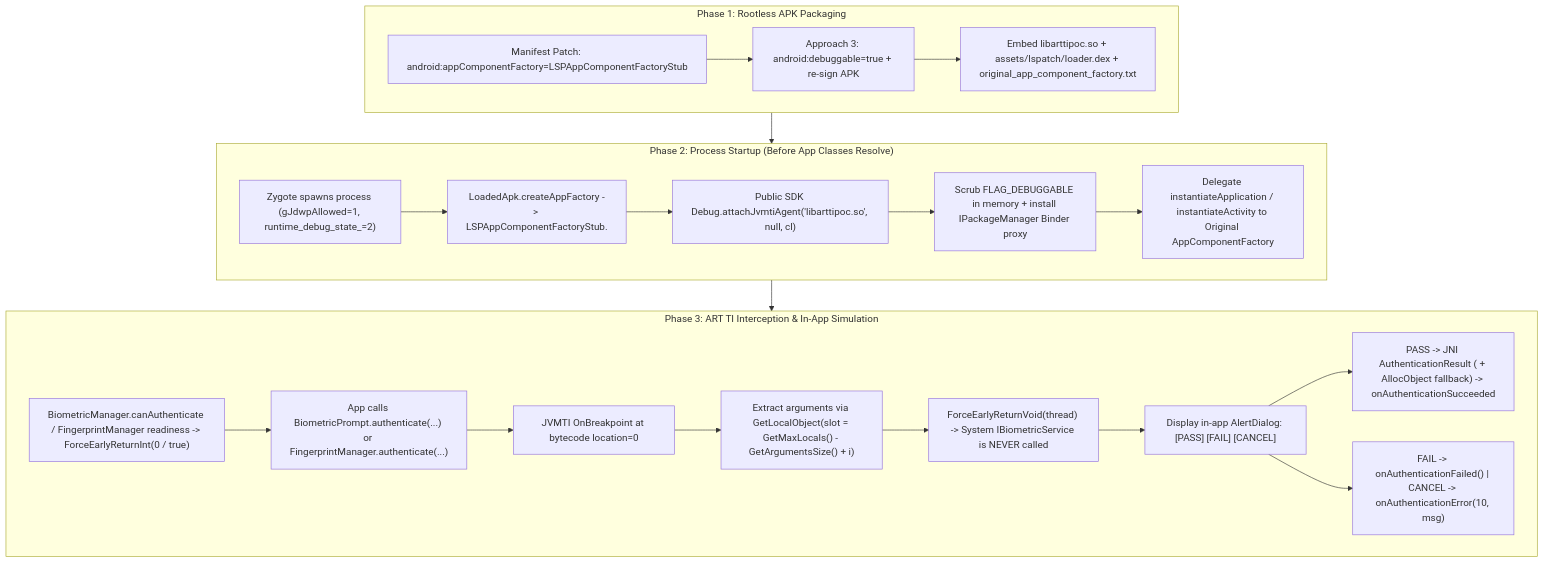
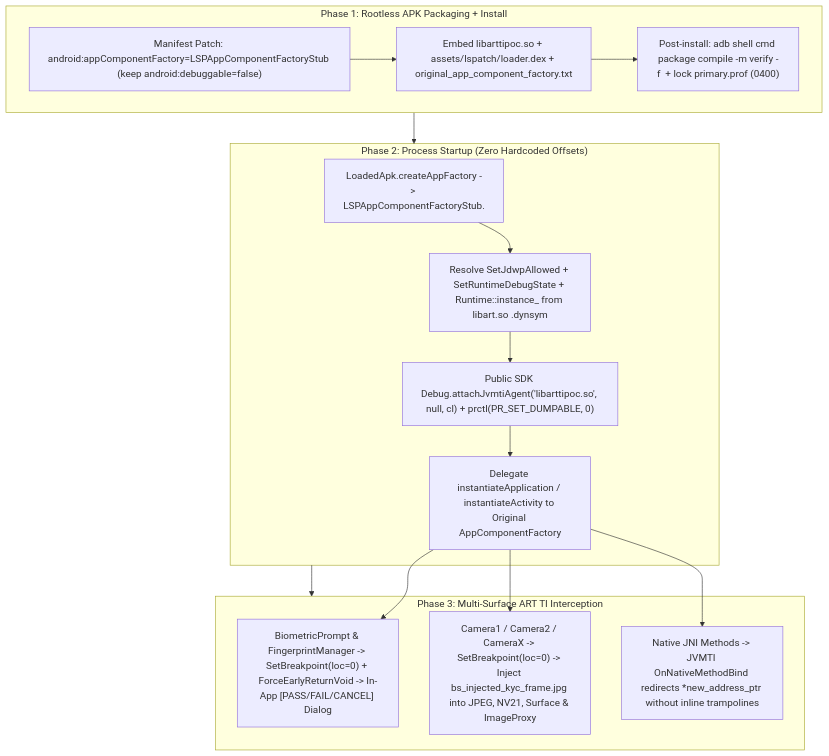
One commit to ayush5harma/artti-biometric-poc changed the diagram in README.md. Above: the diagram before and after it, drawn with Mermaid. The commit also changed other lines of this file and 13 other files, not shown here.

Commit message:
feat: add dynamic .dynsym resolver, OnNativeMethodBind, Camera1/2/X injection, and Banking RASP audit

````diff
--- a/README.md
+++ b/README.md
@@ -45,34 +65,28 @@
 ```mermaid
 flowchart TD
-    subgraph P1["Phase 1: Rootless APK Packaging"]
-        A1["Manifest Patch: android:appComponentFactory=LSPAppComponentFactoryStub"]
-        A2["Approach 3: android:debuggable=true + re-sign APK"]
-        A3["Embed libarttipoc.so + assets/lspatch/loader.dex + original_app_component_factory.txt"]
+    subgraph P1["Phase 1: Rootless APK Packaging + Install"]
+        A1["Manifest Patch: android:appComponentFactory=LSPAppComponentFactoryStub (keep android:debuggable=false)"]
+        A2["Embed libarttipoc.so + assets/lspatch/loader.dex + original_app_component_factory.txt"]
+        A3["Post-install: adb shell cmd package compile -m verify -f <pkg> + lock primary.prof (0400)"]
         A1 --> A2 --> A3
     end
 
-    subgraph P2["Phase 2: Process Startup (Before App Classes Resolve)"]
-        B1["Zygote spawns process (gJdwpAllowed=1, runtime_debug_state_=2)"]
-        B2["LoadedApk.createAppFactory -> LSPAppComponentFactoryStub.<clinit>"]
-        B3["Public SDK Debug.attachJvmtiAgent('libarttipoc.so', null, cl)"]
-        B4["Scrub FLAG_DEBUGGABLE in memory + install IPackageManager Binder proxy"]
-        B5["Delegate instantiateApplication / instantiateActivity to Original AppComponentFactory"]
-        B1 --> B2 --> B3 --> B4 --> B5
+    subgraph P2["Phase 2: Process Startup (Zero Hardcoded Offsets)"]
+        B1["LoadedApk.createAppFactory -> LSPAppComponentFactoryStub.<clinit>"]
+        B2["Resolve SetJdwpAllowed + SetRuntimeDebugState + Runtime::instance_ from libart.so .dynsym"]
+        B3["Public SDK Debug.attachJvmtiAgent('libarttipoc.so', null, cl) + prctl(PR_SET_DUMPABLE, 0)"]
+        B4["Delegate instantiateApplication / instantiateActivity to Original AppComponentFactory"]
+        B1 --> B2 --> B3 --> B4
     end
 
-    subgraph P3["Phase 3: ART TI Interception & In-App Simulation"]
-        C1["BiometricManager.canAuthenticate / FingerprintManager readiness -> ForceEarlyReturnInt(0 / true)"]
-        C2["App calls BiometricPrompt.authenticate(...) or FingerprintManager.authenticate(...)"]
-        C3["JVMTI OnBreakpoint at bytecode location=0"]
-        C4["Extract arguments via GetLocalObject(slot = GetMaxLocals() - GetArgumentsSize() + i)"]
-        C5["ForceEarlyReturnVoid(thread) -> System IBiometricService is NEVER called"]
-        C6["Display in-app AlertDialog: [PASS] [FAIL] [CANCEL]"]
-        C7["PASS -> JNI AuthenticationResult (<init> + AllocObject fallback) -> onAuthenticationSucceeded"]
-        C8["FAIL -> onAuthenticationFailed() | CANCEL -> onAuthenticationError(10, msg)"]
-        C1 --> C2 --> C3 --> C4 --> C5 --> C6
-        C6 --> C7
-        C6 --> C8
+    subgraph P3["Phase 3: Multi-Surface ART TI Interception"]
+        C1["BiometricPrompt & FingerprintManager -> SetBreakpoint(loc=0) + ForceEarlyReturnVoid -> In-App [PASS/FAIL/CANCEL] Dialog"]
+        C2["Camera1 / Camera2 / CameraX -> SetBreakpoint(loc=0) -> Inject bs_injected_kyc_frame.jpg into JPEG, NV21, Surface & ImageProxy"]
+        C3["Native JNI Methods -> JVMTI OnNativeMethodBind redirects *new_address_ptr without inline trampolines"]
+        B4 --> C1
+        B4 --> C2
+        B4 --> C3
     end
 
     P1 --> P2 --> P3
 ```
````
